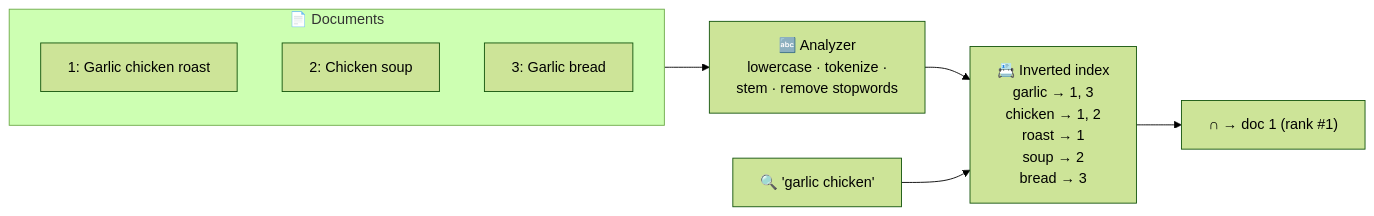
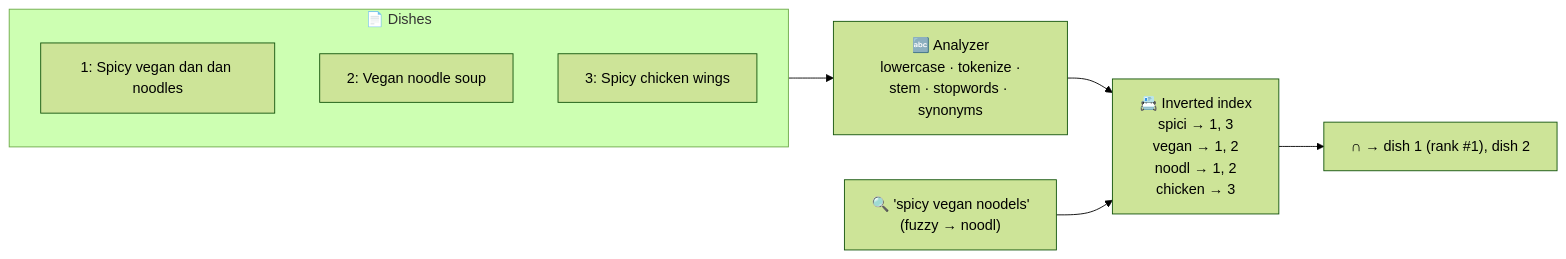
Before and after one commit to winnyboy5/System-Design-from-Atoms: the first of 2 diagrams in phases/05-databases/043-search-and-inverted-index.md, drawn with Mermaid (forest theme). The commit also changed other lines of this file and 11 other files, not shown here.

````diff
--- a/phases/05-databases/043-search-and-inverted-index.md
+++ b/phases/05-databases/043-search-and-inverted-index.md
@@ -28,12 +44,12 @@
 ```mermaid
 flowchart LR
-    subgraph Docs["📄 Documents"]
-        D1["1: Garlic chicken roast"]
-        D2["2: Chicken soup"]
-        D3["3: Garlic bread"]
+    subgraph Docs["📄 Dishes"]
+        D1["1: Spicy vegan dan dan noodles"]
+        D2["2: Vegan noodle soup"]
+        D3["3: Spicy chicken wings"]
     end
-    Docs --> AN["🔤 Analyzer<br/>lowercase · tokenize ·<br/>stem · remove stopwords"]
-    AN --> II["📇 Inverted index<br/>garlic → 1, 3<br/>chicken → 1, 2<br/>roast → 1<br/>soup → 2<br/>bread → 3"]
-    Q["🔍 'garlic chicken'"] --> II
-    II --> R["∩ → doc 1 (rank #1)"]
+    Docs --> AN["🔤 Analyzer<br/>lowercase · tokenize ·<br/>stem · stopwords · synonyms"]
+    AN --> II["📇 Inverted index<br/>spici → 1, 3<br/>vegan → 1, 2<br/>noodl → 1, 2<br/>chicken → 3"]
+    Q["🔍 'spicy vegan noodels'<br/>(fuzzy → noodl)"] --> II
+    II --> R["∩ → dish 1 (rank #1), dish 2"]
 ```
````
